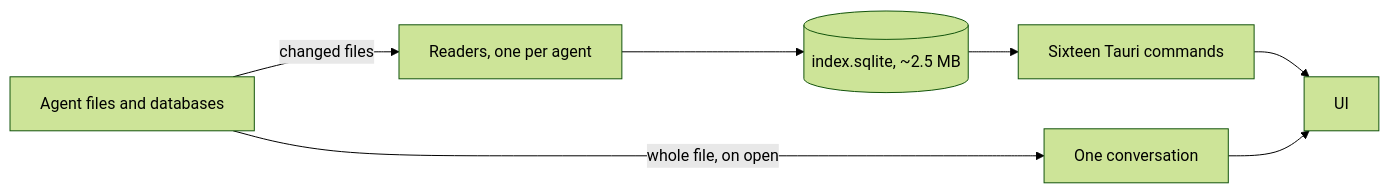
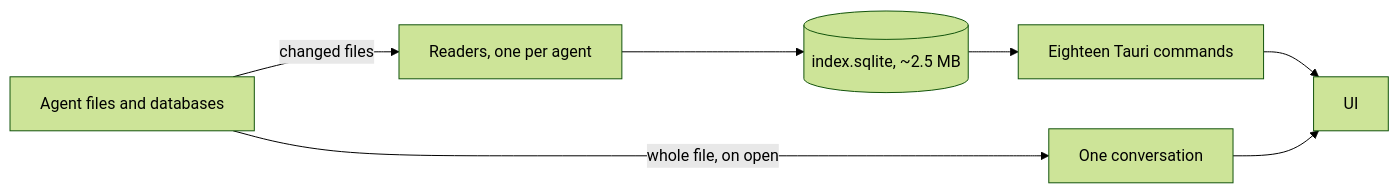
Before and after one commit to joeychilson/overwatch: the diagram in docs/README.md, drawn with Mermaid (forest theme). The commit also changed other lines of this file and 22 other files, not shown here.

````diff
--- a/docs/README.md
+++ b/docs/README.md
@@ -25,9 +25,9 @@
 ```mermaid
 flowchart LR
     A[Agent files and databases] -->|changed files| B[Readers, one per agent]
     B --> C[(index.sqlite, ~2.5 MB)]
-    C --> D[Sixteen Tauri commands]
+    C --> D[Eighteen Tauri commands]
     D --> E[UI]
     A -->|whole file, on open| F[One conversation]
     F --> E
 ```
````
